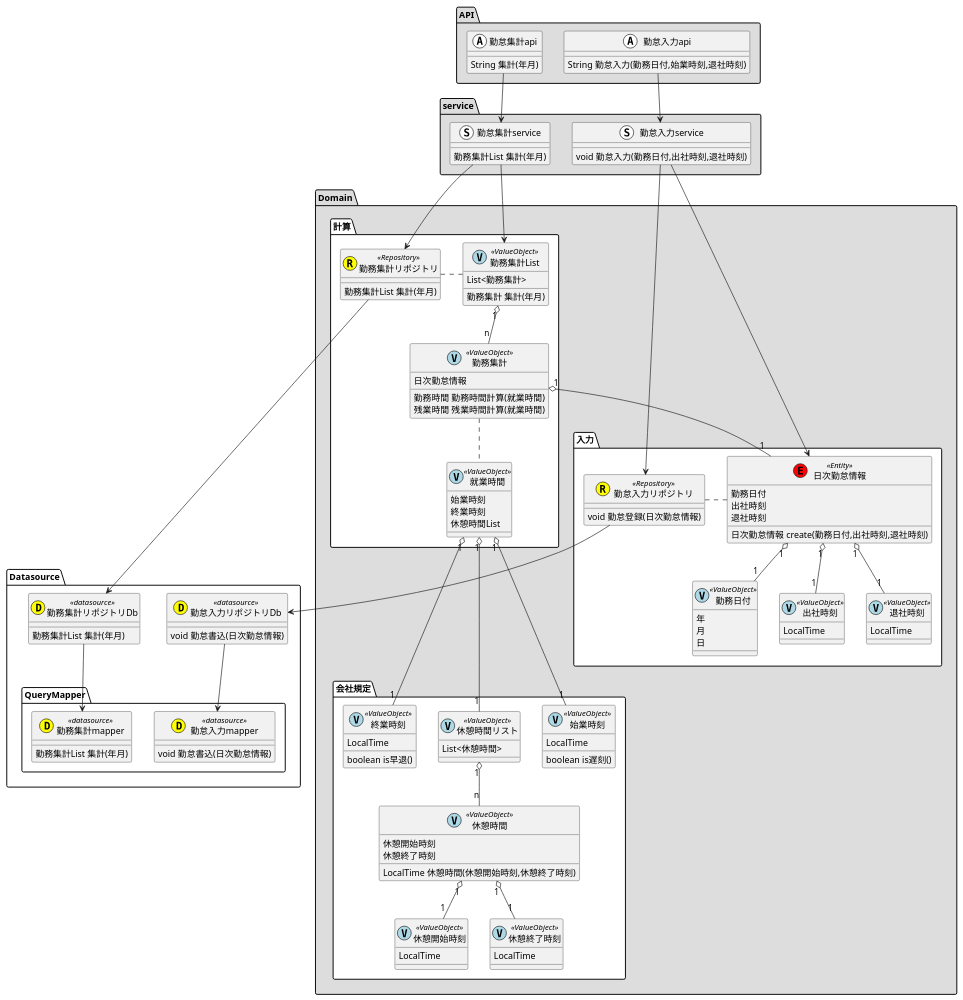
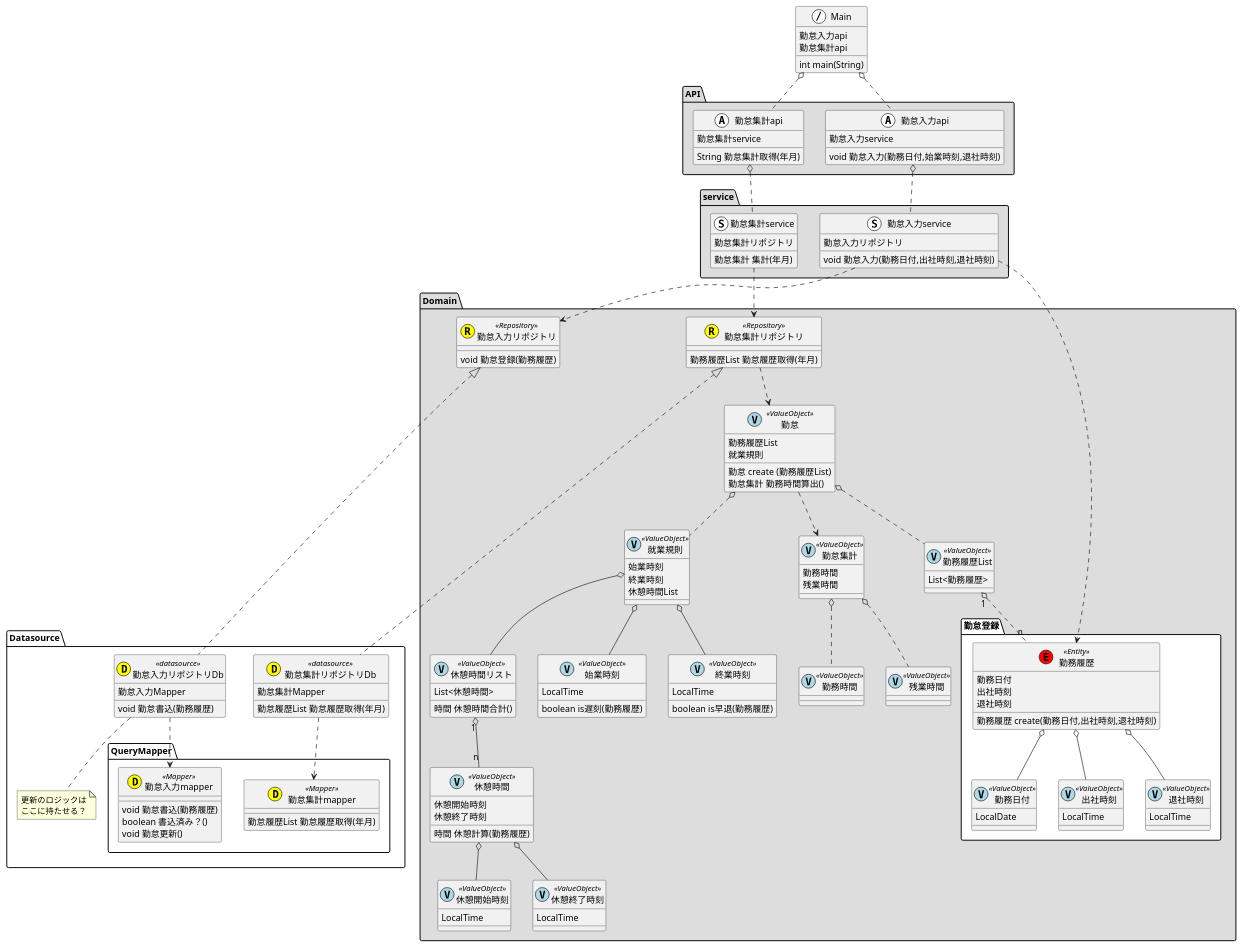
One commit to ta-nagashima/dddwork0-open changed the diagram in uml/class.puml. Above: the diagram before and after it, drawn with PlantUML. The commit also changed 47 other files, not shown here.

```diff
--- a/uml/class.puml
+++ b/uml/class.puml
@@ -1,150 +1,164 @@
 @startuml
+class Main<<(/,white)>>{
+        勤怠入力api
+        勤怠集計api
+        int main(String)
+    }
 
 package "API" #DDDDDD{
+    Main o.. 勤怠入力api
+    Main o.. 勤怠集計api
+
     class 勤怠入力api<<(A,white)>>{
-            String 勤怠入力(勤務日付,始業時刻,退社時刻)
+        勤怠入力service
+        void 勤怠入力(勤務日付,始業時刻,退社時刻)
     }
     class 勤怠集計api<<(A,white)>>{
-            String 集計(年月)
+        勤怠集計service
+        String 勤怠集計取得(年月)
     }
 }
 
 package "service" #DDDDDD{
-    勤怠入力api --> 勤怠入力service
-    勤怠集計api --> 勤怠集計service
+    勤怠入力api o.. 勤怠入力service
+    勤怠集計api o.. 勤怠集計service
 
     class 勤怠集計service<<(S,white)>>{
-        勤務集計List 集計(年月)
-
+        勤怠集計リポジトリ
+        勤怠集計 集計(年月)
     }
     class 勤怠入力service<<(S,white)>>{
+        勤怠入力リポジトリ
         void 勤怠入力(勤務日付,出社時刻,退社時刻)
     }
 }
 
 
 
 package "Domain" #DDDDDD{
-
-       package "計算" #white{
-            勤怠集計service --> 勤務集計リポジトリ
-            勤怠集計service --> 勤務集計List
-            勤務集計List "1" o-- "n" 勤務集計
-            勤務集計  ..  就業時間
-            勤務集計リポジトリ . 勤務集計List
-
-
-            class 勤務集計リポジトリ<<(R,yellow)Repository>>{
-                勤務集計List 集計(年月)
-
+            class 勤怠入力リポジトリ<<(R,yellow)Repository>>{
+                   void 勤怠登録(勤務履歴)
             }
-            class 勤務集計List<< (V,lightblue) ValueObject >> {
-                List<勤務集計>
-                勤務集計 集計(年月)
+            class 勤怠<< (V,lightblue) ValueObject >>{
+                勤務履歴List
+                就業規則
+                勤怠 create (勤務履歴List)
+                勤怠集計 勤務時間算出()
             }
-
-            class 就業時間<< (V,lightblue) ValueObject >> {
+            class 勤務履歴List<<(V,lightblue) ValueObject>>{
+                 List<勤務履歴>
+            }
+            class 就業規則<< (V,lightblue) ValueObject >> {
                 始業時刻
                 終業時刻
                 休憩時間List
             }
-            class 勤務集計<< (V,lightblue) ValueObject >> {
-                日次勤怠情報
-                勤務時間 勤務時間計算(就業時間)
-                残業時間 残業時間計算(就業時間)
-            }
-       }
-
-       package "入力" #white{
-
-          勤怠入力service --> 勤怠入力リポジトリ
-          勤怠入力service --> 日次勤怠情報
-          日次勤怠情報 . 勤怠入力リポジトリ
-
-          日次勤怠情報 "1" o-- "1" 勤務日付
-          日次勤怠情報 "1" o-- "1" 出社時刻
-          日次勤怠情報 "1" o-- "1" 退社時刻
-          勤務集計 "1" o-- "1" 日次勤怠情報
-
-            class 勤怠入力リポジトリ<<(R,yellow)Repository>>{
-                   void 勤怠登録(日次勤怠情報)
-            }
-            class 日次勤怠情報<<(E,red)Entity>>{
-                勤務日付
-                出社時刻
-                退社時刻
-                日次勤怠情報 create(勤務日付,出社時刻,退社時刻)
-            }
-            class 勤務日付<< (V,lightblue) ValueObject >>{
-                年
-                月
-                日
-            }
-            class 出社時刻<< (V,lightblue) ValueObject >>{
-                LocalTime
-            }
-            class 退社時刻<< (V,lightblue) ValueObject >>{
-                LocalTime
-            }
-
-       }
-
-       package "会社規定" #white{
 
             class 始業時刻<< (V,lightblue) ValueObject >>{
                 LocalTime
-                boolean is遅刻()
+                boolean is遅刻(勤務履歴)
             }
             class 終業時刻<< (V,lightblue) ValueObject >>{
                  LocalTime
-                 boolean is早退()
+                 boolean is早退(勤務履歴)
              }
              class 休憩時間リスト<< (V,lightblue) ValueObject >>{
                  List<休憩時間>
+                 時間 休憩時間合計()
              }
             class 休憩時間<< (V,lightblue) ValueObject >>{
                 休憩開始時刻
                 休憩終了時刻
-                LocalTime 休憩時間(休憩開始時刻,休憩終了時刻)
+                時間 休憩計算(勤務履歴)
             }
             class 休憩開始時刻<< (V,lightblue) ValueObject >>{
                 LocalTime
             }
             class 休憩終了時刻<< (V,lightblue) ValueObject >>{
                 LocalTime
             }
-            就業時間 "1" o--- "1" 休憩時間リスト
-            就業時間 "1" o-- "1" 終業時刻
-            就業時間 "1" o-- "1" 始業時刻
+            class 勤怠集計リポジトリ <<(R,yellow) Repository>>{
+                勤務履歴List 勤怠履歴取得(年月)
+            }
+            class 勤怠集計<< (V,lightblue) ValueObject >>{
+            勤務時間
+            残業時間
+            }
+            class 勤務時間<< (V,lightblue) ValueObject >>{
+            }
+            class 残業時間<< (V,lightblue) ValueObject >>{
+            }
+
+            勤怠入力service ..> 勤怠入力リポジトリ
+
+            勤怠 o.. 就業規則
+            勤怠 o.. 勤務履歴List
+            勤怠 ..> 勤怠集計
+            勤怠集計 o.. 勤務時間
+            勤怠集計 o.. 残業時間
+            勤怠集計リポジトリ ..> 勤怠
+            就業規則  o--  休憩時間リスト
+            就業規則  o--  終業時刻
+            就業規則  o--  始業時刻
             休憩時間リスト "1" o-- "n" 休憩時間
-            休憩時間 "1" o-- "1"休憩開始時刻
-            休憩時間 "1" o-- "1"休憩終了時刻
-       }
+            休憩時間  o-- 休憩開始時刻
+            休憩時間  o-- 休憩終了時刻
+            勤怠集計service ..> 勤怠集計リポジトリ
+
+            package "勤怠登録" #white{
+                class 勤務履歴<<(E,red)Entity>>{
+                    勤務日付
+                    出社時刻
+                    退社時刻
+                    勤務履歴 create(勤務日付,出社時刻,退社時刻)
+                }
+                class 勤務日付<< (V,lightblue) ValueObject >>{
+                    LocalDate
+                }
+                class 出社時刻<< (V,lightblue) ValueObject >>{
+                    LocalTime
+                }
+                class 退社時刻<< (V,lightblue) ValueObject >>{
+                    LocalTime
+                }
+                勤務履歴List "1" o.. "n" 勤務履歴
+
+                勤怠入力service ..> 勤務履歴
+                勤務履歴  o--  勤務日付
+                勤務履歴  o--  出社時刻
+                勤務履歴  o--  退社時刻
+
+            }
+
+
+
 }
 package "Datasource" #white{
-    勤怠入力リポジトリ-->勤怠入力リポジトリDb
-    勤務集計リポジトリ-->勤務集計リポジトリDb
+    勤怠入力リポジトリ <|.... 勤怠入力リポジトリDb
+    勤怠集計リポジトリ <|.... 勤怠集計リポジトリDb
 
     class 勤怠入力リポジトリDb<<(D,yellow)datasource>>{
-        void 勤怠書込(日次勤怠情報)
+        勤怠入力Mapper
+        void 勤怠書込(勤務履歴)
     }
-    class 勤務集計リポジトリDb<<(D,yellow)datasource>>{
-        勤務集計List 集計(年月)
+    note bottom:更新のロジックは\nここに持たせる？
+    class 勤怠集計リポジトリDb<<(D,yellow)datasource>>{
+        勤怠集計Mapper
+        勤怠履歴List 勤怠履歴取得(年月)
 
     }
     package "QueryMapper" #white{
-        class 勤怠入力mapper<<(D,yellow)datasource>>{
-            void 勤怠書込(日次勤怠情報)
+        class 勤怠入力mapper<<(D,yellow)Mapper>>{
+            void 勤怠書込(勤務履歴)
+            boolean 書込済み？()
+            void 勤怠更新()
         }
-        class 勤務集計mapper<<(D,yellow)datasource>>{
-           勤務集計List 集計(年月)
-
+        class 勤怠集計mapper<<(D,yellow)Mapper>>{
+           勤怠履歴List 勤怠履歴取得(年月)
         }
-        勤怠入力リポジトリDb --> 勤怠入力mapper
-        勤務集計リポジトリDb --> 勤務集計mapper
+        勤怠入力リポジトリDb ..> 勤怠入力mapper
+        勤怠集計リポジトリDb ..> 勤怠集計mapper
     }
 }
 
-
-
 @enduml
```
